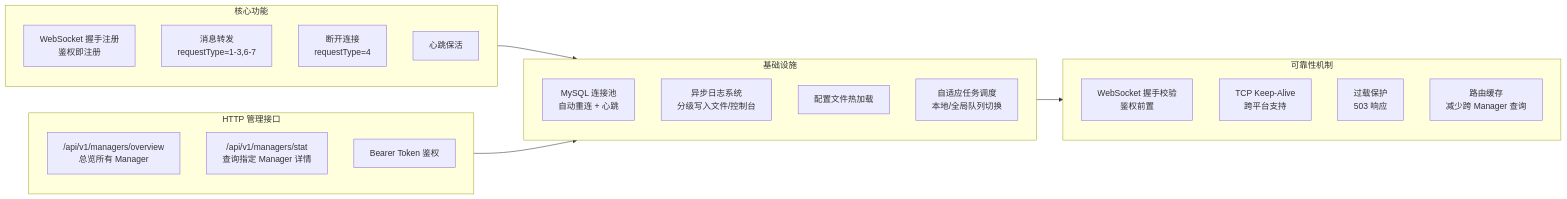
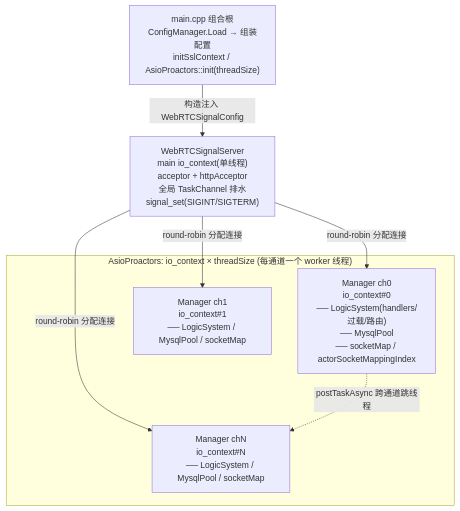
Before and after one commit to HopeTiga/HopeDesk: the first of 5 diagrams in webrtc-signal-server.md, drawn with Mermaid. The commit also changed other lines of this file, not shown here.

````diff
--- a/webrtc-signal-server.md
+++ b/webrtc-signal-server.md
@@ -195,33 +61,17 @@
 ```mermaid
-graph LR
-    subgraph Core["核心功能"]
-        REG["WebSocket 握手注册<br/>鉴权即注册"]
-        FWD["消息转发<br/>requestType=1-3,6-7"]
-        CLOSE["断开连接<br/>requestType=4"]
-        PING["心跳保活"]
-    end
+flowchart TB
+  main["main.cpp 组合根<br/>ConfigManager.Load → 组装配置<br/>initSslContext / AsioProactors::init(threadSize)"]
+  server["WebRTCSignalServer<br/>main io_context(单线程)<br/>acceptor + httpAcceptor<br/>全局 TaskChannel 排水<br/>signal_set(SIGINT/SIGTERM)"]
+  main -->|"构造注入 WebRTCSignalConfig"| server
 
-    subgraph HTTP["HTTP 管理接口"]
-        OVERVIEW["/api/v1/managers/overview<br/>总览所有 Manager"]
-        STAT["/api/v1/managers/stat<br/>查询指定 Manager 详情"]
-        AUTH["Bearer Token 鉴权"]
-    end
+  subgraph pool["AsioProactors: io_context × threadSize (每通道一个 worker 线程)"]
+    ch0["Manager ch0<br/>io_context#0<br/>── LogicSystem(handlers/过载/路由)<br/>── MysqlPool<br/>── socketMap / actorSocketMappingIndex"]
+    ch1["Manager ch1<br/>io_context#1<br/>── LogicSystem / MysqlPool / socketMap"]
+    chN["Manager chN<br/>io_context#N<br/>── LogicSystem / MysqlPool / socketMap"]
+  end
 
-    subgraph Infra2["基础设施"]
-        MYSQL_POOL["MySQL 连接池<br/>自动重连 + 心跳"]
-        ASYNC_LOG["异步日志系统<br/>分级写入文件/控制台"]
-        CONFIG["配置文件热加载"]
-        TASK_SCHED["自适应任务调度<br/>本地/全局队列切换"]
-    end
-
-    subgraph Reliability["可靠性机制"]
-        HANDSHAKE["WebSocket 握手校验<br/>鉴权前置"]
-        KEEPALIVE["TCP Keep-Alive<br/>跨平台支持"]
-        OVERLOAD_PROT["过载保护<br/>503 响应"]
-        ROUTE_CACHE["路由缓存<br/>减少跨 Manager 查询"]
-    end
-
-    Core --> Infra2
-    HTTP --> Infra2
-    Infra2 --> Reliability
+  server -->|round-robin 分配连接| ch0
+  server -->|round-robin 分配连接| ch1
+  server -->|round-robin 分配连接| chN
+  ch0 -.->|postTaskAsync 跨通道跳线程| chN
 ```
````
